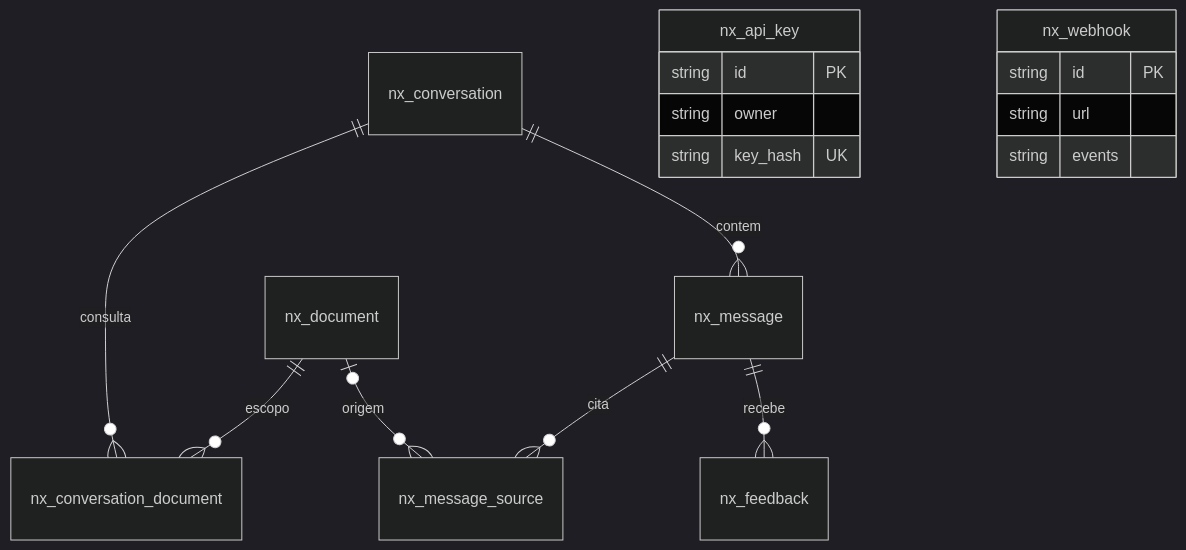
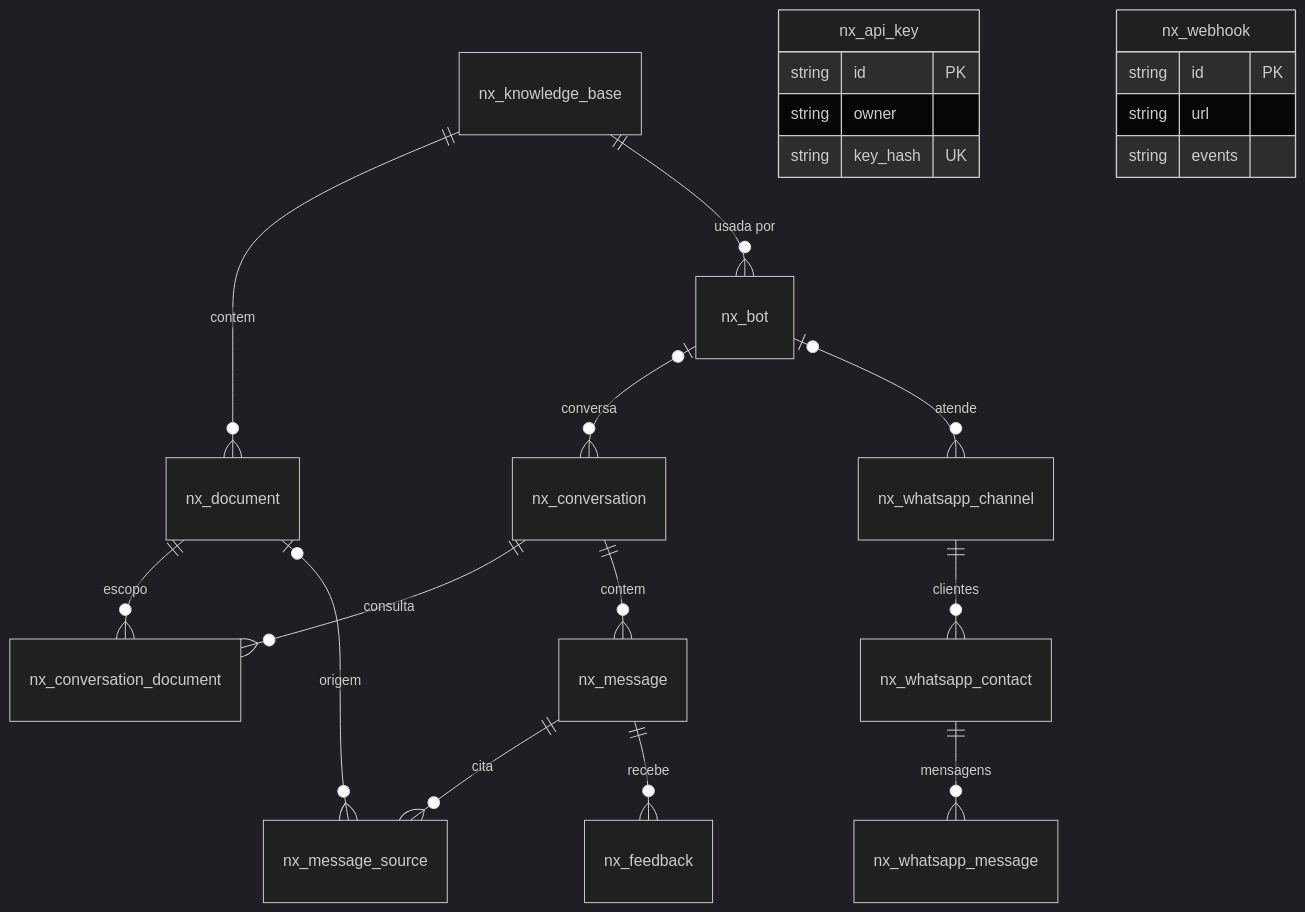
One commit to ravelroot/Retrieval-Augmented-QA-System changed the second of 2 diagrams in README.md. Above: the diagram before and after it, drawn with Mermaid (dark theme). The commit also changed other lines of this file and 71 other files, not shown here.

````diff
--- a/README.md
+++ b/README.md
@@ -231,19 +280,25 @@
 ```mermaid
 erDiagram
+    nx_knowledge_base ||--o{ nx_document : contem
+    nx_knowledge_base ||--o{ nx_bot : "usada por"
+    nx_bot |o--o{ nx_conversation : conversa
+    nx_bot |o--o{ nx_whatsapp_channel : atende
+    nx_whatsapp_channel ||--o{ nx_whatsapp_contact : clientes
+    nx_whatsapp_contact ||--o{ nx_whatsapp_message : mensagens
     nx_document ||--o{ nx_conversation_document : escopo
     nx_conversation ||--o{ nx_conversation_document : consulta
     nx_conversation ||--o{ nx_message : contem
     nx_message ||--o{ nx_message_source : cita
     nx_document |o--o{ nx_message_source : origem
     nx_message ||--o{ nx_feedback : recebe
     nx_api_key {
         string id PK
         string owner
         string key_hash UK
     }
     nx_webhook {
         string id PK
         string url
         string events
     }
 ```
````
